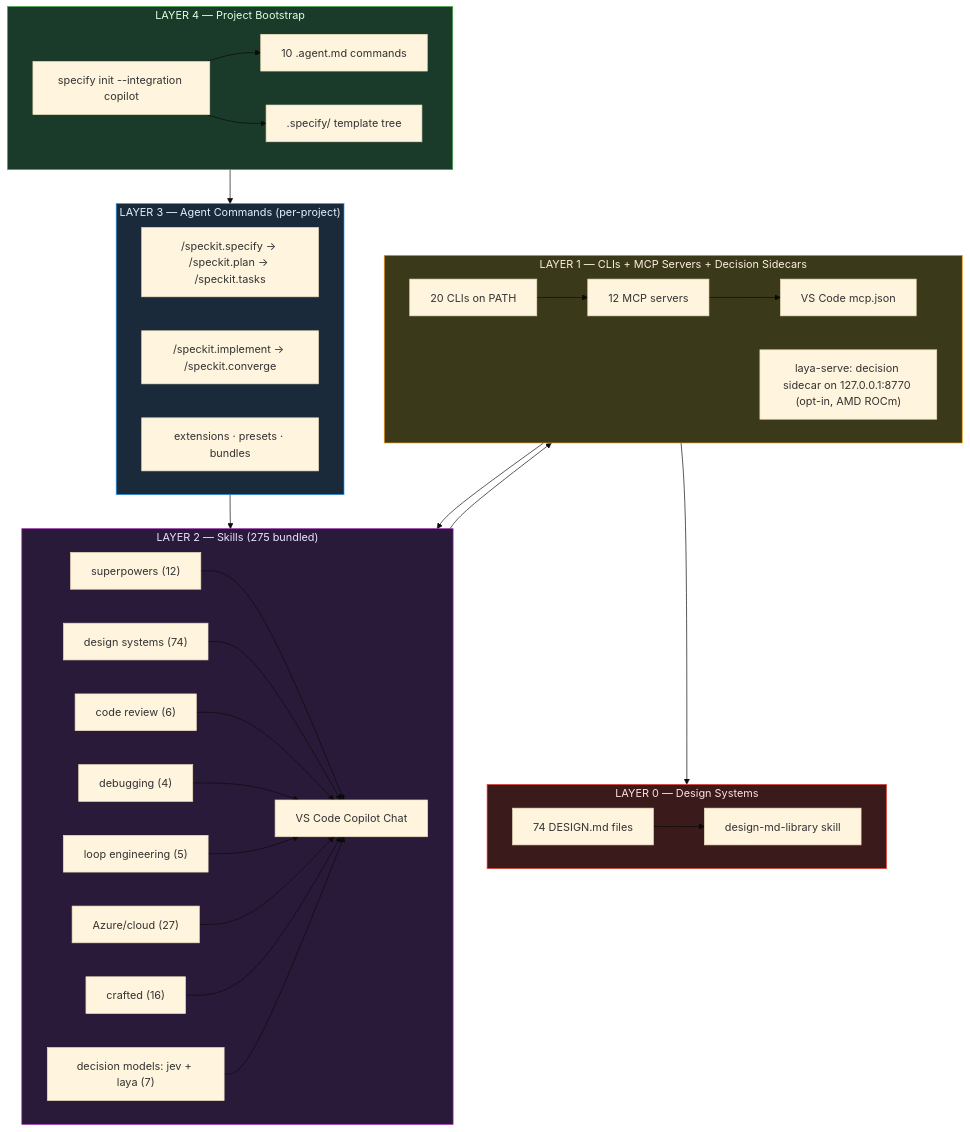
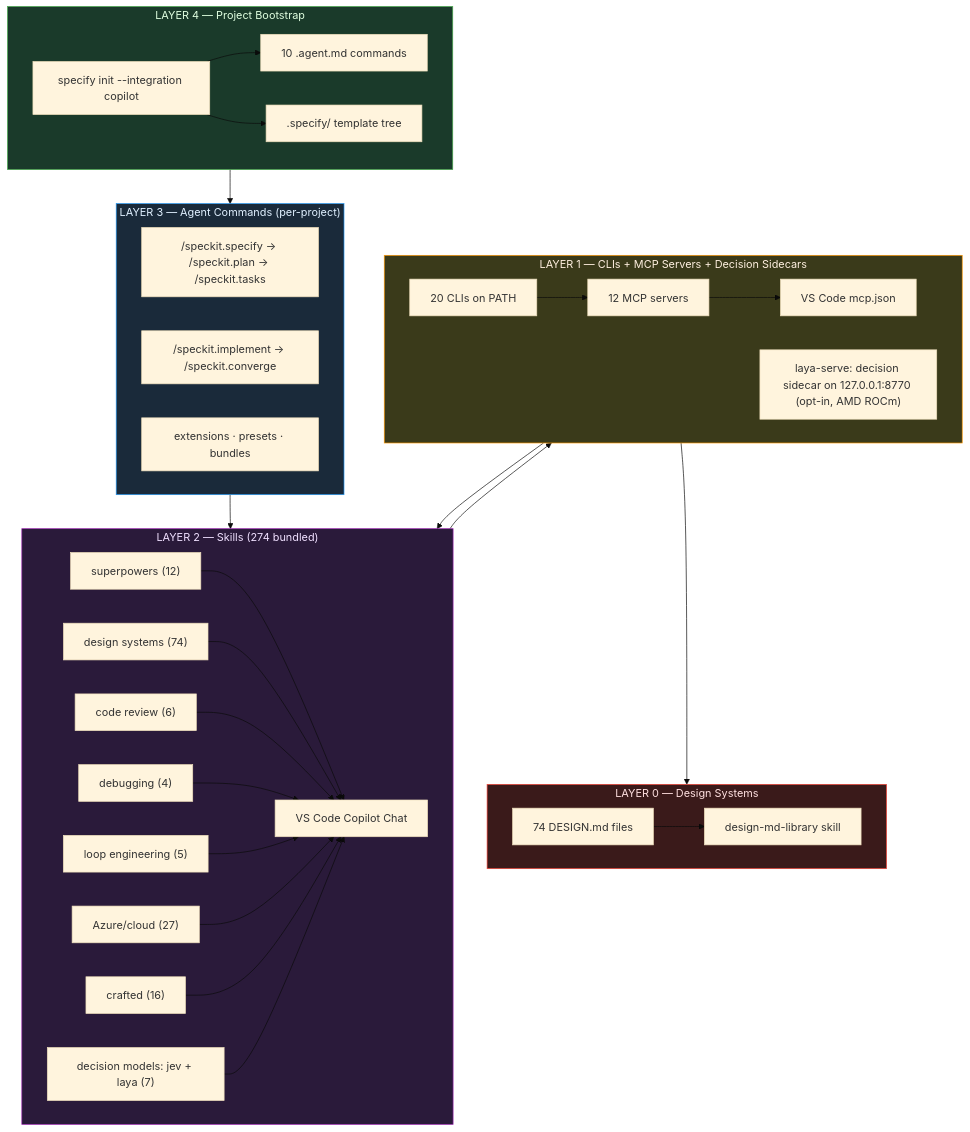
Before and after one commit to JZKK720/cubecloud-skills-bundle-kit: the diagram in README.md, drawn with Mermaid (base theme). The commit also changed other lines of this file and 4 other files, not shown here.

````diff
--- a/README.md
+++ b/README.md
@@ -35,50 +35,50 @@
 ```mermaid
 graph TB
     subgraph L4["LAYER 4 — Project Bootstrap"]
         SPEC["specify init --integration copilot"]
         AGENTS["10 .agent.md commands"]
         TEMPLATES[".specify/ template tree"]
         SPEC --> AGENTS
         SPEC --> TEMPLATES
     end
 
     subgraph L3["LAYER 3 — Agent Commands (per-project)"]
         SD["/speckit.specify → /speckit.plan → /speckit.tasks"]
         IM["/speckit.implement → /speckit.converge"]
         EXT["extensions · presets · bundles"]
     end
 
-    subgraph L2["LAYER 2 — Skills (275 bundled)"]
+    subgraph L2["LAYER 2 — Skills (274 bundled)"]
         direction LR
         METH["superpowers (12)"] --> COPILOT["VS Code Copilot Chat"]
         DSN["design systems (74)"] --> COPILOT
         REV["code review (6)"] --> COPILOT
         DBG["debugging (4)"] --> COPILOT
         LOOP["loop engineering (5)"] --> COPILOT
         AZURE["Azure/cloud (27)"] --> COPILOT
         CRAFT["crafted (16)"] --> COPILOT
         DEC["decision models: jev + laya (7)"] --> COPILOT
     end
 
     subgraph L1["LAYER 1 — CLIs + MCP Servers + Decision Sidecars"]
         direction LR
         CLI["20 CLIs on PATH"] --> MCP["12 MCP servers"]
         MCP --> VSCODE["VS Code mcp.json"]
         SC["laya-serve: decision sidecar on 127.0.0.1:8770 (opt-in, AMD ROCm)"] --> COPILOT
     end
 
     subgraph L0["LAYER 0 — Design Systems"]
         D74["74 DESIGN.md files"] --> LIB["design-md-library skill"]
     end
 
     L4 --> L3
     L3 --> L2
     L2 --> L1
     L1 --> L0
 
     style L4 fill:#1a3a2a,stroke:#4caf50,color:#e0ffe0
     style L3 fill:#1a2a3a,stroke:#2196f3,color:#e0f0ff
     style L2 fill:#2a1a3a,stroke:#9c27b0,color:#f0e0ff
     style L1 fill:#3a3a1a,stroke:#ff9800,color:#fff0e0
     style L0 fill:#3a1a1a,stroke:#f44336,color:#ffe0e0
 ```
````
